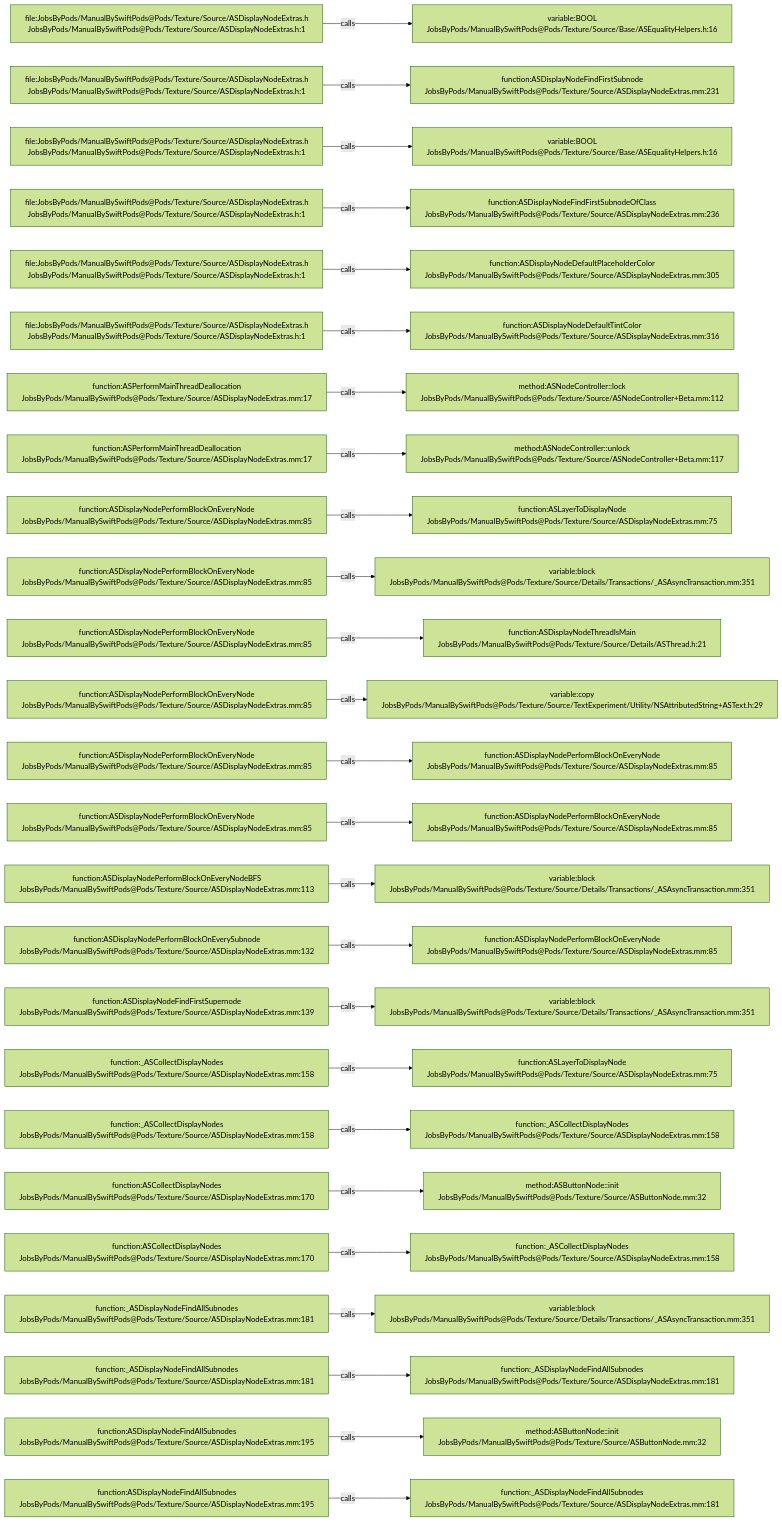
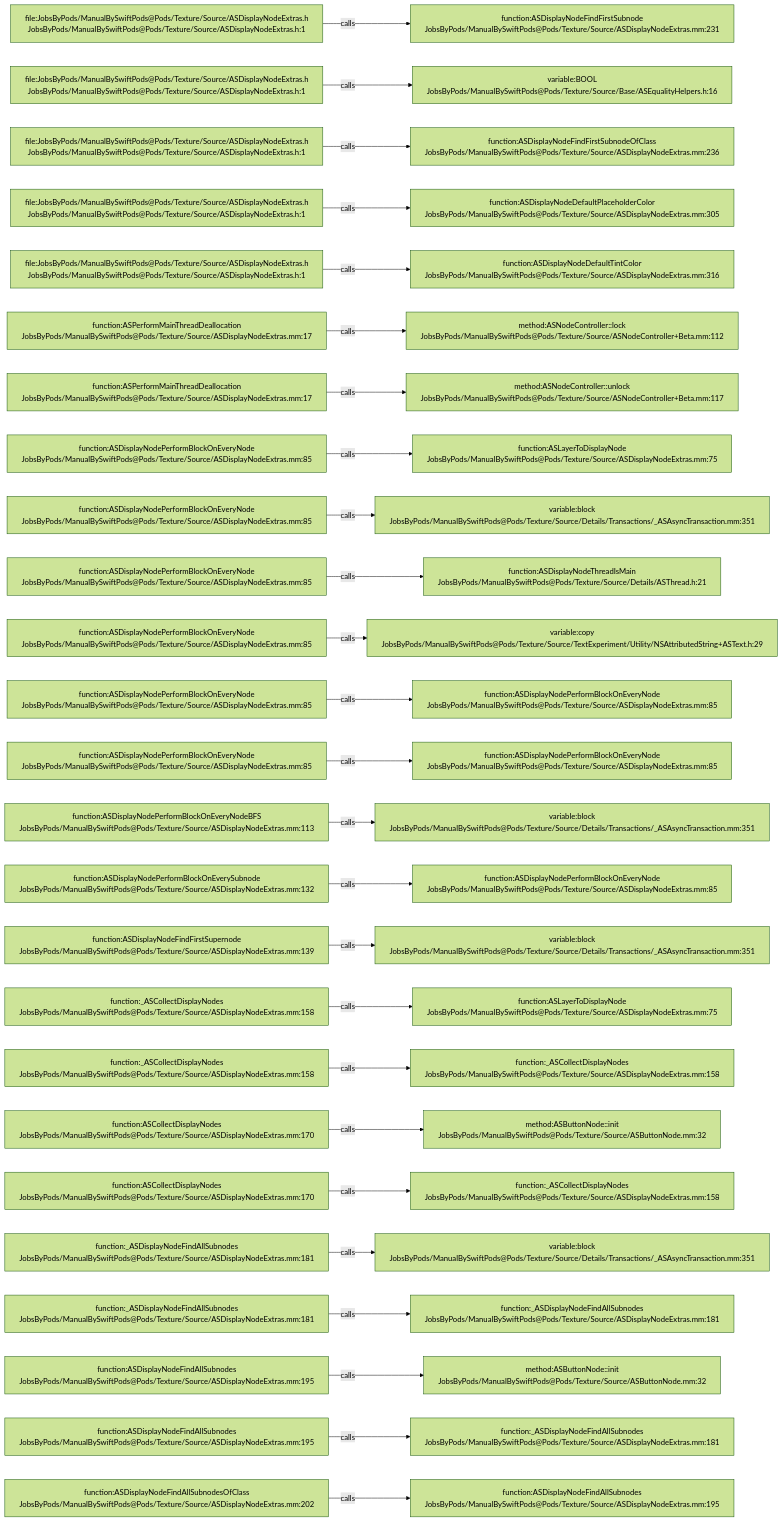
Before and after one commit to JobsKits/JobsSwiftBaseConfigDemo: the diagram in .codegraph/codegraph.md/graphs/calls-038.md, drawn with Mermaid (forest theme). The commit also changed 747 other files, not shown here.

````diff
--- a/.codegraph/codegraph.md/graphs/calls-038.md
+++ b/.codegraph/codegraph.md/graphs/calls-038.md
@@ -13,78 +13,78 @@
 ```mermaid
 flowchart LR
   S1["file:JobsByPods/ManualBySwiftPods@Pods/Texture/Source/ASDisplayNodeExtras.h<br/>JobsByPods/ManualBySwiftPods@Pods/Texture/Source/ASDisplayNodeExtras.h:1"]
-  T1["variable:BOOL<br/>JobsByPods/ManualBySwiftPods@Pods/Texture/Source/Base/ASEqualityHelpers.h:16"]
+  T1["function:ASDisplayNodeFindFirstSubnode<br/>JobsByPods/ManualBySwiftPods@Pods/Texture/Source/ASDisplayNodeExtras.mm:231"]
   S1 -->|calls| T1
   S2["file:JobsByPods/ManualBySwiftPods@Pods/Texture/Source/ASDisplayNodeExtras.h<br/>JobsByPods/ManualBySwiftPods@Pods/Texture/Source/ASDisplayNodeExtras.h:1"]
-  T2["function:ASDisplayNodeFindFirstSubnode<br/>JobsByPods/ManualBySwiftPods@Pods/Texture/Source/ASDisplayNodeExtras.mm:231"]
+  T2["variable:BOOL<br/>JobsByPods/ManualBySwiftPods@Pods/Texture/Source/Base/ASEqualityHelpers.h:16"]
   S2 -->|calls| T2
   S3["file:JobsByPods/ManualBySwiftPods@Pods/Texture/Source/ASDisplayNodeExtras.h<br/>JobsByPods/ManualBySwiftPods@Pods/Texture/Source/ASDisplayNodeExtras.h:1"]
-  T3["variable:BOOL<br/>JobsByPods/ManualBySwiftPods@Pods/Texture/Source/Base/ASEqualityHelpers.h:16"]
+  T3["function:ASDisplayNodeFindFirstSubnodeOfClass<br/>JobsByPods/ManualBySwiftPods@Pods/Texture/Source/ASDisplayNodeExtras.mm:236"]
   S3 -->|calls| T3
   S4["file:JobsByPods/ManualBySwiftPods@Pods/Texture/Source/ASDisplayNodeExtras.h<br/>JobsByPods/ManualBySwiftPods@Pods/Texture/Source/ASDisplayNodeExtras.h:1"]
-  T4["function:ASDisplayNodeFindFirstSubnodeOfClass<br/>JobsByPods/ManualBySwiftPods@Pods/Texture/Source/ASDisplayNodeExtras.mm:236"]
+  T4["function:ASDisplayNodeDefaultPlaceholderColor<br/>JobsByPods/ManualBySwiftPods@Pods/Texture/Source/ASDisplayNodeExtras.mm:305"]
   S4 -->|calls| T4
   S5["file:JobsByPods/ManualBySwiftPods@Pods/Texture/Source/ASDisplayNodeExtras.h<br/>JobsByPods/ManualBySwiftPods@Pods/Texture/Source/ASDisplayNodeExtras.h:1"]
-  T5["function:ASDisplayNodeDefaultPlaceholderColor<br/>JobsByPods/ManualBySwiftPods@Pods/Texture/Source/ASDisplayNodeExtras.mm:305"]
+  T5["function:ASDisplayNodeDefaultTintColor<br/>JobsByPods/ManualBySwiftPods@Pods/Texture/Source/ASDisplayNodeExtras.mm:316"]
   S5 -->|calls| T5
-  S6["file:JobsByPods/ManualBySwiftPods@Pods/Texture/Source/ASDisplayNodeExtras.h<br/>JobsByPods/ManualBySwiftPods@Pods/Texture/Source/ASDisplayNodeExtras.h:1"]
-  T6["function:ASDisplayNodeDefaultTintColor<br/>JobsByPods/ManualBySwiftPods@Pods/Texture/Source/ASDisplayNodeExtras.mm:316"]
+  S6["function:ASPerformMainThreadDeallocation<br/>JobsByPods/ManualBySwiftPods@Pods/Texture/Source/ASDisplayNodeExtras.mm:17"]
+  T6["method:ASNodeController::lock<br/>JobsByPods/ManualBySwiftPods@Pods/Texture/Source/ASNodeController+Beta.mm:112"]
   S6 -->|calls| T6
   S7["function:ASPerformMainThreadDeallocation<br/>JobsByPods/ManualBySwiftPods@Pods/Texture/Source/ASDisplayNodeExtras.mm:17"]
-  T7["method:ASNodeController::lock<br/>JobsByPods/ManualBySwiftPods@Pods/Texture/Source/ASNodeController+Beta.mm:112"]
+  T7["method:ASNodeController::unlock<br/>JobsByPods/ManualBySwiftPods@Pods/Texture/Source/ASNodeController+Beta.mm:117"]
   S7 -->|calls| T7
-  S8["function:ASPerformMainThreadDeallocation<br/>JobsByPods/ManualBySwiftPods@Pods/Texture/Source/ASDisplayNodeExtras.mm:17"]
-  T8["method:ASNodeController::unlock<br/>JobsByPods/ManualBySwiftPods@Pods/Texture/Source/ASNodeController+Beta.mm:117"]
+  S8["function:ASDisplayNodePerformBlockOnEveryNode<br/>JobsByPods/ManualBySwiftPods@Pods/Texture/Source/ASDisplayNodeExtras.mm:85"]
+  T8["function:ASLayerToDisplayNode<br/>JobsByPods/ManualBySwiftPods@Pods/Texture/Source/ASDisplayNodeExtras.mm:75"]
   S8 -->|calls| T8
   S9["function:ASDisplayNodePerformBlockOnEveryNode<br/>JobsByPods/ManualBySwiftPods@Pods/Texture/Source/ASDisplayNodeExtras.mm:85"]
-  T9["function:ASLayerToDisplayNode<br/>JobsByPods/ManualBySwiftPods@Pods/Texture/Source/ASDisplayNodeExtras.mm:75"]
+  T9["variable:block<br/>JobsByPods/ManualBySwiftPods@Pods/Texture/Source/Details/Transactions/_ASAsyncTransaction.mm:351"]
   S9 -->|calls| T9
   S10["function:ASDisplayNodePerformBlockOnEveryNode<br/>JobsByPods/ManualBySwiftPods@Pods/Texture/Source/ASDisplayNodeExtras.mm:85"]
-  T10["variable:block<br/>JobsByPods/ManualBySwiftPods@Pods/Texture/Source/Details/Transactions/_ASAsyncTransaction.mm:351"]
+  T10["function:ASDisplayNodeThreadIsMain<br/>JobsByPods/ManualBySwiftPods@Pods/Texture/Source/Details/ASThread.h:21"]
   S10 -->|calls| T10
   S11["function:ASDisplayNodePerformBlockOnEveryNode<br/>JobsByPods/ManualBySwiftPods@Pods/Texture/Source/ASDisplayNodeExtras.mm:85"]
-  T11["function:ASDisplayNodeThreadIsMain<br/>JobsByPods/ManualBySwiftPods@Pods/Texture/Source/Details/ASThread.h:21"]
+  T11["variable:copy<br/>JobsByPods/ManualBySwiftPods@Pods/Texture/Source/TextExperiment/Utility/NSAttributedString+ASText.h:29"]
   S11 -->|calls| T11
   S12["function:ASDisplayNodePerformBlockOnEveryNode<br/>JobsByPods/ManualBySwiftPods@Pods/Texture/Source/ASDisplayNodeExtras.mm:85"]
-  T12["variable:copy<br/>JobsByPods/ManualBySwiftPods@Pods/Texture/Source/TextExperiment/Utility/NSAttributedString+ASText.h:29"]
+  T12["function:ASDisplayNodePerformBlockOnEveryNode<br/>JobsByPods/ManualBySwiftPods@Pods/Texture/Source/ASDisplayNodeExtras.mm:85"]
   S12 -->|calls| T12
   S13["function:ASDisplayNodePerformBlockOnEveryNode<br/>JobsByPods/ManualBySwiftPods@Pods/Texture/Source/ASDisplayNodeExtras.mm:85"]
   T13["function:ASDisplayNodePerformBlockOnEveryNode<br/>JobsByPods/ManualBySwiftPods@Pods/Texture/Source/ASDisplayNodeExtras.mm:85"]
   S13 -->|calls| T13
-  S14["function:ASDisplayNodePerformBlockOnEveryNode<br/>JobsByPods/ManualBySwiftPods@Pods/Texture/Source/ASDisplayNodeExtras.mm:85"]
-  T14["function:ASDisplayNodePerformBlockOnEveryNode<br/>JobsByPods/ManualBySwiftPods@Pods/Texture/Source/ASDisplayNodeExtras.mm:85"]
+  S14["function:ASDisplayNodePerformBlockOnEveryNodeBFS<br/>JobsByPods/ManualBySwiftPods@Pods/Texture/Source/ASDisplayNodeExtras.mm:113"]
+  T14["variable:block<br/>JobsByPods/ManualBySwiftPods@Pods/Texture/Source/Details/Transactions/_ASAsyncTransaction.mm:351"]
   S14 -->|calls| T14
-  S15["function:ASDisplayNodePerformBlockOnEveryNodeBFS<br/>JobsByPods/ManualBySwiftPods@Pods/Texture/Source/ASDisplayNodeExtras.mm:113"]
-  T15["variable:block<br/>JobsByPods/ManualBySwiftPods@Pods/Texture/Source/Details/Transactions/_ASAsyncTransaction.mm:351"]
+  S15["function:ASDisplayNodePerformBlockOnEverySubnode<br/>JobsByPods/ManualBySwiftPods@Pods/Texture/Source/ASDisplayNodeExtras.mm:132"]
+  T15["function:ASDisplayNodePerformBlockOnEveryNode<br/>JobsByPods/ManualBySwiftPods@Pods/Texture/Source/ASDisplayNodeExtras.mm:85"]
   S15 -->|calls| T15
-  S16["function:ASDisplayNodePerformBlockOnEverySubnode<br/>JobsByPods/ManualBySwiftPods@Pods/Texture/Source/ASDisplayNodeExtras.mm:132"]
-  T16["function:ASDisplayNodePerformBlockOnEveryNode<br/>JobsByPods/ManualBySwiftPods@Pods/Texture/Source/ASDisplayNodeExtras.mm:85"]
+  S16["function:ASDisplayNodeFindFirstSupernode<br/>JobsByPods/ManualBySwiftPods@Pods/Texture/Source/ASDisplayNodeExtras.mm:139"]
+  T16["variable:block<br/>JobsByPods/ManualBySwiftPods@Pods/Texture/Source/Details/Transactions/_ASAsyncTransaction.mm:351"]
   S16 -->|calls| T16
-  S17["function:ASDisplayNodeFindFirstSupernode<br/>JobsByPods/ManualBySwiftPods@Pods/Texture/Source/ASDisplayNodeExtras.mm:139"]
-  T17["variable:block<br/>JobsByPods/ManualBySwiftPods@Pods/Texture/Source/Details/Transactions/_ASAsyncTransaction.mm:351"]
+  S17["function:_ASCollectDisplayNodes<br/>JobsByPods/ManualBySwiftPods@Pods/Texture/Source/ASDisplayNodeExtras.mm:158"]
+  T17["function:ASLayerToDisplayNode<br/>JobsByPods/ManualBySwiftPods@Pods/Texture/Source/ASDisplayNodeExtras.mm:75"]
   S17 -->|calls| T17
   S18["function:_ASCollectDisplayNodes<br/>JobsByPods/ManualBySwiftPods@Pods/Texture/Source/ASDisplayNodeExtras.mm:158"]
-  T18["function:ASLayerToDisplayNode<br/>JobsByPods/ManualBySwiftPods@Pods/Texture/Source/ASDisplayNodeExtras.mm:75"]
+  T18["function:_ASCollectDisplayNodes<br/>JobsByPods/ManualBySwiftPods@Pods/Texture/Source/ASDisplayNodeExtras.mm:158"]
   S18 -->|calls| T18
-  S19["function:_ASCollectDisplayNodes<br/>JobsByPods/ManualBySwiftPods@Pods/Texture/Source/ASDisplayNodeExtras.mm:158"]
-  T19["function:_ASCollectDisplayNodes<br/>JobsByPods/ManualBySwiftPods@Pods/Texture/Source/ASDisplayNodeExtras.mm:158"]
+  S19["function:ASCollectDisplayNodes<br/>JobsByPods/ManualBySwiftPods@Pods/Texture/Source/ASDisplayNodeExtras.mm:170"]
+  T19["method:ASButtonNode::init<br/>JobsByPods/ManualBySwiftPods@Pods/Texture/Source/ASButtonNode.mm:32"]
   S19 -->|calls| T19
   S20["function:ASCollectDisplayNodes<br/>JobsByPods/ManualBySwiftPods@Pods/Texture/Source/ASDisplayNodeExtras.mm:170"]
-  T20["method:ASButtonNode::init<br/>JobsByPods/ManualBySwiftPods@Pods/Texture/Source/ASButtonNode.mm:32"]
+  T20["function:_ASCollectDisplayNodes<br/>JobsByPods/ManualBySwiftPods@Pods/Texture/Source/ASDisplayNodeExtras.mm:158"]
   S20 -->|calls| T20
-  S21["function:ASCollectDisplayNodes<br/>JobsByPods/ManualBySwiftPods@Pods/Texture/Source/ASDisplayNodeExtras.mm:170"]
-  T21["function:_ASCollectDisplayNodes<br/>JobsByPods/ManualBySwiftPods@Pods/Texture/Source/ASDisplayNodeExtras.mm:158"]
+  S21["function:_ASDisplayNodeFindAllSubnodes<br/>JobsByPods/ManualBySwiftPods@Pods/Texture/Source/ASDisplayNodeExtras.mm:181"]
+  T21["variable:block<br/>JobsByPods/ManualBySwiftPods@Pods/Texture/Source/Details/Transactions/_ASAsyncTransaction.mm:351"]
   S21 -->|calls| T21
   S22["function:_ASDisplayNodeFindAllSubnodes<br/>JobsByPods/ManualBySwiftPods@Pods/Texture/Source/ASDisplayNodeExtras.mm:181"]
-  T22["variable:block<br/>JobsByPods/ManualBySwiftPods@Pods/Texture/Source/Details/Transactions/_ASAsyncTransaction.mm:351"]
+  T22["function:_ASDisplayNodeFindAllSubnodes<br/>JobsByPods/ManualBySwiftPods@Pods/Texture/Source/ASDisplayNodeExtras.mm:181"]
   S22 -->|calls| T22
-  S23["function:_ASDisplayNodeFindAllSubnodes<br/>JobsByPods/ManualBySwiftPods@Pods/Texture/Source/ASDisplayNodeExtras.mm:181"]
-  T23["function:_ASDisplayNodeFindAllSubnodes<br/>JobsByPods/ManualBySwiftPods@Pods/Texture/Source/ASDisplayNodeExtras.mm:181"]
+  S23["function:ASDisplayNodeFindAllSubnodes<br/>JobsByPods/ManualBySwiftPods@Pods/Texture/Source/ASDisplayNodeExtras.mm:195"]
+  T23["method:ASButtonNode::init<br/>JobsByPods/ManualBySwiftPods@Pods/Texture/Source/ASButtonNode.mm:32"]
   S23 -->|calls| T23
   S24["function:ASDisplayNodeFindAllSubnodes<br/>JobsByPods/ManualBySwiftPods@Pods/Texture/Source/ASDisplayNodeExtras.mm:195"]
-  T24["method:ASButtonNode::init<br/>JobsByPods/ManualBySwiftPods@Pods/Texture/Source/ASButtonNode.mm:32"]
+  T24["function:_ASDisplayNodeFindAllSubnodes<br/>JobsByPods/ManualBySwiftPods@Pods/Texture/Source/ASDisplayNodeExtras.mm:181"]
   S24 -->|calls| T24
-  S25["function:ASDisplayNodeFindAllSubnodes<br/>JobsByPods/ManualBySwiftPods@Pods/Texture/Source/ASDisplayNodeExtras.mm:195"]
-  T25["function:_ASDisplayNodeFindAllSubnodes<br/>JobsByPods/ManualBySwiftPods@Pods/Texture/Source/ASDisplayNodeExtras.mm:181"]
+  S25["function:ASDisplayNodeFindAllSubnodesOfClass<br/>JobsByPods/ManualBySwiftPods@Pods/Texture/Source/ASDisplayNodeExtras.mm:202"]
+  T25["function:ASDisplayNodeFindAllSubnodes<br/>JobsByPods/ManualBySwiftPods@Pods/Texture/Source/ASDisplayNodeExtras.mm:195"]
   S25 -->|calls| T25
 ```
````
